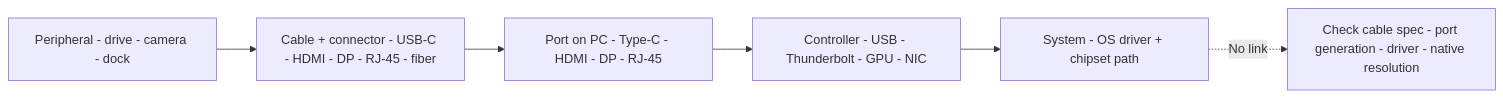
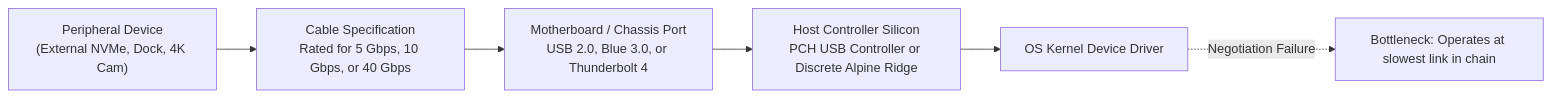
One commit to 1345AbhishekKumar/cs-cookbook changed the first of 2 diagrams in content/docs/computer-basics/it-support/11-peripherals-displays-mobile.mdx. Above: the diagram before and after it, drawn with Mermaid. The commit also changed other lines of this file and 299 other files, not shown here.

````diff
--- a/content/docs/computer-basics/it-support/11-peripherals-displays-mobile.mdx
+++ b/content/docs/computer-basics/it-support/11-peripherals-displays-mobile.mdx
@@ -94,8 +54,8 @@
 ```mermaid
 flowchart LR
-  DEV["Peripheral - drive - camera - dock"] --> CABLE["Cable + connector - USB-C - HDMI - DP - RJ-45 - fiber"]
-  CABLE --> PORT["Port on PC - Type-C - HDMI - DP - RJ-45"]
-  PORT --> CTRL["Controller - USB - Thunderbolt - GPU - NIC"]
-  CTRL --> SYS["System - OS driver + chipset path"]
-  SYS -.->|No link| CHK["Check cable spec - port generation - driver - native resolution"]
+  DEV["Peripheral Device<br/>(External NVMe, Dock, 4K Cam)"] --> CABLE["Cable Specification<br/>Rated for 5 Gbps, 10 Gbps, or 40 Gbps"]
+  CABLE --> PORT["Motherboard / Chassis Port<br/>USB 2.0, Blue 3.0, or Thunderbolt 4"]
+  PORT --> CTRL["Host Controller Silicon<br/>PCH USB Controller or Discrete Alpine Ridge"]
+  CTRL --> OS["OS Kernel Device Driver"]
+  OS -.->|Negotiation Failure| SLOW["Bottleneck: Operates at slowest link in chain"]
 ```
````
